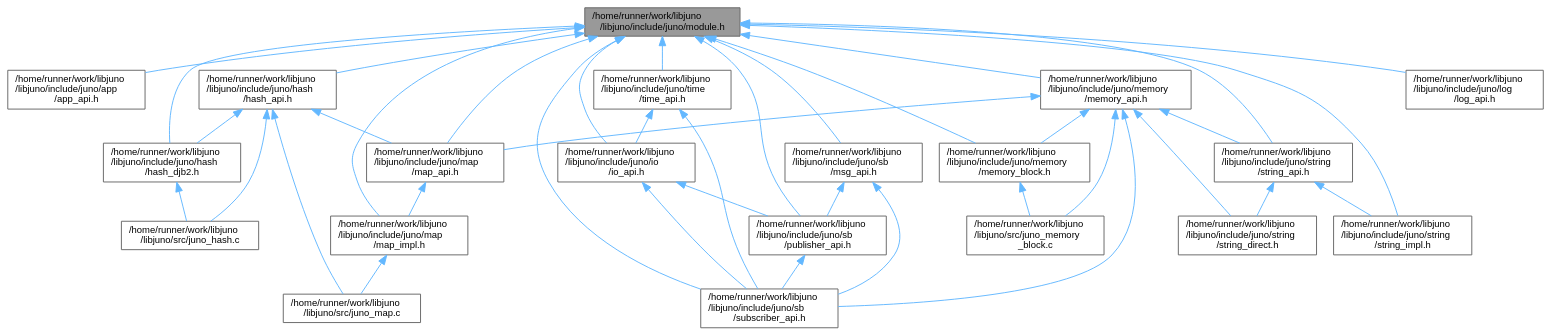
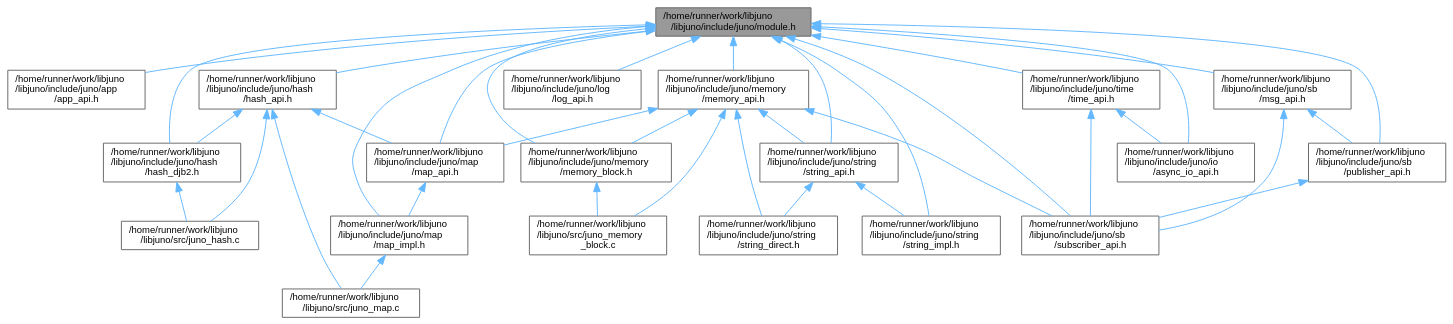
The diagram in module_8h__dep__incl.dot (robinonsay/libjuno), drawn with Graphviz before and after one commit. The commit also changed 175 other files, not shown here.

```diff
--- a/module_8h__dep__incl.dot
+++ b/module_8h__dep__incl.dot
@@ -23,43 +23,41 @@
   Node3 -> Node8 [id="edge9_Node000003_Node000008",dir="back",color="steelblue1",style="solid",tooltip=" "];
   Node1 -> Node4 [id="edge10_Node000001_Node000004",dir="back",color="steelblue1",style="solid",tooltip=" "];
   Node1 -> Node9 [id="edge11_Node000001_Node000009",dir="back",color="steelblue1",style="solid",tooltip=" "];
-  Node9 [id="Node000009",label="/home/runner/work/libjuno\l/libjuno/include/juno/io\l/io_api.h",height=0.2,width=0.4,color="grey40", fillcolor="white", style="filled",URL="$io__api_8h.html",tooltip=" "];
-  Node9 -> Node10 [id="edge12_Node000009_Node000010",dir="back",color="steelblue1",style="solid",tooltip=" "];
-  Node10 [id="Node000010",label="/home/runner/work/libjuno\l/libjuno/include/juno/sb\l/publisher_api.h",height=0.2,width=0.4,color="grey40", fillcolor="white", style="filled",URL="$publisher__api_8h.html",tooltip=" "];
-  Node10 -> Node11 [id="edge13_Node000010_Node000011",dir="back",color="steelblue1",style="solid",tooltip=" "];
-  Node11 [id="Node000011",label="/home/runner/work/libjuno\l/libjuno/include/juno/sb\l/subscriber_api.h",height=0.2,width=0.4,color="grey40", fillcolor="white", style="filled",URL="$subscriber__api_8h.html",tooltip=" "];
-  Node9 -> Node11 [id="edge14_Node000009_Node000011",dir="back",color="steelblue1",style="solid",tooltip=" "];
-  Node1 -> Node12 [id="edge15_Node000001_Node000012",dir="back",color="steelblue1",style="solid",tooltip=" "];
-  Node12 [id="Node000012",label="/home/runner/work/libjuno\l/libjuno/include/juno/log\l/log_api.h",height=0.2,width=0.4,color="grey40", fillcolor="white", style="filled",URL="$log__api_8h.html",tooltip=" "];
-  Node1 -> Node6 [id="edge16_Node000001_Node000006",dir="back",color="steelblue1",style="solid",tooltip=" "];
-  Node1 -> Node7 [id="edge17_Node000001_Node000007",dir="back",color="steelblue1",style="solid",tooltip=" "];
-  Node1 -> Node13 [id="edge18_Node000001_Node000013",dir="back",color="steelblue1",style="solid",tooltip=" "];
-  Node13 [id="Node000013",label="/home/runner/work/libjuno\l/libjuno/include/juno/memory\l/memory_api.h",height=0.2,width=0.4,color="grey40", fillcolor="white", style="filled",URL="$memory__api_8h.html",tooltip=" "];
-  Node13 -> Node6 [id="edge19_Node000013_Node000006",dir="back",color="steelblue1",style="solid",tooltip=" "];
-  Node13 -> Node14 [id="edge20_Node000013_Node000014",dir="back",color="steelblue1",style="solid",tooltip=" "];
-  Node14 [id="Node000014",label="/home/runner/work/libjuno\l/libjuno/include/juno/memory\l/memory_block.h",height=0.2,width=0.4,color="grey40", fillcolor="white", style="filled",URL="$memory__block_8h.html",tooltip=" "];
-  Node14 -> Node15 [id="edge21_Node000014_Node000015",dir="back",color="steelblue1",style="solid",tooltip=" "];
-  Node15 [id="Node000015",label="/home/runner/work/libjuno\l/libjuno/src/juno_memory\l_block.c",height=0.2,width=0.4,color="grey40", fillcolor="white", style="filled",URL="$juno__memory__block_8c.html",tooltip=" "];
-  Node13 -> Node11 [id="edge22_Node000013_Node000011",dir="back",color="steelblue1",style="solid",tooltip=" "];
-  Node13 -> Node16 [id="edge23_Node000013_Node000016",dir="back",color="steelblue1",style="solid",tooltip=" "];
-  Node16 [id="Node000016",label="/home/runner/work/libjuno\l/libjuno/include/juno/string\l/string_api.h",height=0.2,width=0.4,color="grey40", fillcolor="white", style="filled",URL="$string__api_8h.html",tooltip=" "];
-  Node16 -> Node17 [id="edge24_Node000016_Node000017",dir="back",color="steelblue1",style="solid",tooltip=" "];
-  Node17 [id="Node000017",label="/home/runner/work/libjuno\l/libjuno/include/juno/string\l/string_direct.h",height=0.2,width=0.4,color="grey40", fillcolor="white", style="filled",URL="$string__direct_8h.html",tooltip=" "];
-  Node16 -> Node18 [id="edge25_Node000016_Node000018",dir="back",color="steelblue1",style="solid",tooltip=" "];
-  Node18 [id="Node000018",label="/home/runner/work/libjuno\l/libjuno/include/juno/string\l/string_impl.h",height=0.2,width=0.4,color="grey40", fillcolor="white", style="filled",URL="$string__impl_8h.html",tooltip=" "];
-  Node13 -> Node17 [id="edge26_Node000013_Node000017",dir="back",color="steelblue1",style="solid",tooltip=" "];
-  Node13 -> Node15 [id="edge27_Node000013_Node000015",dir="back",color="steelblue1",style="solid",tooltip=" "];
-  Node1 -> Node14 [id="edge28_Node000001_Node000014",dir="back",color="steelblue1",style="solid",tooltip=" "];
-  Node1 -> Node19 [id="edge29_Node000001_Node000019",dir="back",color="steelblue1",style="solid",tooltip=" "];
-  Node19 [id="Node000019",label="/home/runner/work/libjuno\l/libjuno/include/juno/sb\l/msg_api.h",height=0.2,width=0.4,color="grey40", fillcolor="white", style="filled",URL="$msg__api_8h.html",tooltip=" "];
-  Node19 -> Node10 [id="edge30_Node000019_Node000010",dir="back",color="steelblue1",style="solid",tooltip=" "];
-  Node19 -> Node11 [id="edge31_Node000019_Node000011",dir="back",color="steelblue1",style="solid",tooltip=" "];
-  Node1 -> Node10 [id="edge32_Node000001_Node000010",dir="back",color="steelblue1",style="solid",tooltip=" "];
-  Node1 -> Node11 [id="edge33_Node000001_Node000011",dir="back",color="steelblue1",style="solid",tooltip=" "];
-  Node1 -> Node16 [id="edge34_Node000001_Node000016",dir="back",color="steelblue1",style="solid",tooltip=" "];
-  Node1 -> Node18 [id="edge35_Node000001_Node000018",dir="back",color="steelblue1",style="solid",tooltip=" "];
-  Node1 -> Node20 [id="edge36_Node000001_Node000020",dir="back",color="steelblue1",style="solid",tooltip=" "];
+  Node9 [id="Node000009",label="/home/runner/work/libjuno\l/libjuno/include/juno/io\l/async_io_api.h",height=0.2,width=0.4,color="grey40", fillcolor="white", style="filled",URL="$async__io__api_8h.html",tooltip=" "];
+  Node1 -> Node10 [id="edge12_Node000001_Node000010",dir="back",color="steelblue1",style="solid",tooltip=" "];
+  Node10 [id="Node000010",label="/home/runner/work/libjuno\l/libjuno/include/juno/log\l/log_api.h",height=0.2,width=0.4,color="grey40", fillcolor="white", style="filled",URL="$log__api_8h.html",tooltip=" "];
+  Node1 -> Node6 [id="edge13_Node000001_Node000006",dir="back",color="steelblue1",style="solid",tooltip=" "];
+  Node1 -> Node7 [id="edge14_Node000001_Node000007",dir="back",color="steelblue1",style="solid",tooltip=" "];
+  Node1 -> Node11 [id="edge15_Node000001_Node000011",dir="back",color="steelblue1",style="solid",tooltip=" "];
+  Node11 [id="Node000011",label="/home/runner/work/libjuno\l/libjuno/include/juno/memory\l/memory_api.h",height=0.2,width=0.4,color="grey40", fillcolor="white", style="filled",URL="$memory__api_8h.html",tooltip=" "];
+  Node11 -> Node6 [id="edge16_Node000011_Node000006",dir="back",color="steelblue1",style="solid",tooltip=" "];
+  Node11 -> Node12 [id="edge17_Node000011_Node000012",dir="back",color="steelblue1",style="solid",tooltip=" "];
+  Node12 [id="Node000012",label="/home/runner/work/libjuno\l/libjuno/include/juno/memory\l/memory_block.h",height=0.2,width=0.4,color="grey40", fillcolor="white", style="filled",URL="$memory__block_8h.html",tooltip=" "];
+  Node12 -> Node13 [id="edge18_Node000012_Node000013",dir="back",color="steelblue1",style="solid",tooltip=" "];
+  Node13 [id="Node000013",label="/home/runner/work/libjuno\l/libjuno/src/juno_memory\l_block.c",height=0.2,width=0.4,color="grey40", fillcolor="white", style="filled",URL="$juno__memory__block_8c.html",tooltip=" "];
+  Node11 -> Node14 [id="edge19_Node000011_Node000014",dir="back",color="steelblue1",style="solid",tooltip=" "];
+  Node14 [id="Node000014",label="/home/runner/work/libjuno\l/libjuno/include/juno/sb\l/subscriber_api.h",height=0.2,width=0.4,color="grey40", fillcolor="white", style="filled",URL="$subscriber__api_8h.html",tooltip=" "];
+  Node11 -> Node15 [id="edge20_Node000011_Node000015",dir="back",color="steelblue1",style="solid",tooltip=" "];
+  Node15 [id="Node000015",label="/home/runner/work/libjuno\l/libjuno/include/juno/string\l/string_api.h",height=0.2,width=0.4,color="grey40", fillcolor="white", style="filled",URL="$string__api_8h.html",tooltip=" "];
+  Node15 -> Node16 [id="edge21_Node000015_Node000016",dir="back",color="steelblue1",style="solid",tooltip=" "];
+  Node16 [id="Node000016",label="/home/runner/work/libjuno\l/libjuno/include/juno/string\l/string_direct.h",height=0.2,width=0.4,color="grey40", fillcolor="white", style="filled",URL="$string__direct_8h.html",tooltip=" "];
+  Node15 -> Node17 [id="edge22_Node000015_Node000017",dir="back",color="steelblue1",style="solid",tooltip=" "];
+  Node17 [id="Node000017",label="/home/runner/work/libjuno\l/libjuno/include/juno/string\l/string_impl.h",height=0.2,width=0.4,color="grey40", fillcolor="white", style="filled",URL="$string__impl_8h.html",tooltip=" "];
+  Node11 -> Node16 [id="edge23_Node000011_Node000016",dir="back",color="steelblue1",style="solid",tooltip=" "];
+  Node11 -> Node13 [id="edge24_Node000011_Node000013",dir="back",color="steelblue1",style="solid",tooltip=" "];
+  Node1 -> Node12 [id="edge25_Node000001_Node000012",dir="back",color="steelblue1",style="solid",tooltip=" "];
+  Node1 -> Node18 [id="edge26_Node000001_Node000018",dir="back",color="steelblue1",style="solid",tooltip=" "];
+  Node18 [id="Node000018",label="/home/runner/work/libjuno\l/libjuno/include/juno/sb\l/msg_api.h",height=0.2,width=0.4,color="grey40", fillcolor="white", style="filled",URL="$msg__api_8h.html",tooltip=" "];
+  Node18 -> Node19 [id="edge27_Node000018_Node000019",dir="back",color="steelblue1",style="solid",tooltip=" "];
+  Node19 [id="Node000019",label="/home/runner/work/libjuno\l/libjuno/include/juno/sb\l/publisher_api.h",height=0.2,width=0.4,color="grey40", fillcolor="white", style="filled",URL="$publisher__api_8h.html",tooltip=" "];
+  Node19 -> Node14 [id="edge28_Node000019_Node000014",dir="back",color="steelblue1",style="solid",tooltip=" "];
+  Node18 -> Node14 [id="edge29_Node000018_Node000014",dir="back",color="steelblue1",style="solid",tooltip=" "];
+  Node1 -> Node19 [id="edge30_Node000001_Node000019",dir="back",color="steelblue1",style="solid",tooltip=" "];
+  Node1 -> Node14 [id="edge31_Node000001_Node000014",dir="back",color="steelblue1",style="solid",tooltip=" "];
+  Node1 -> Node15 [id="edge32_Node000001_Node000015",dir="back",color="steelblue1",style="solid",tooltip=" "];
+  Node1 -> Node17 [id="edge33_Node000001_Node000017",dir="back",color="steelblue1",style="solid",tooltip=" "];
+  Node1 -> Node20 [id="edge34_Node000001_Node000020",dir="back",color="steelblue1",style="solid",tooltip=" "];
   Node20 [id="Node000020",label="/home/runner/work/libjuno\l/libjuno/include/juno/time\l/time_api.h",height=0.2,width=0.4,color="grey40", fillcolor="white", style="filled",URL="$time__api_8h.html",tooltip=" "];
-  Node20 -> Node9 [id="edge37_Node000020_Node000009",dir="back",color="steelblue1",style="solid",tooltip=" "];
-  Node20 -> Node11 [id="edge38_Node000020_Node000011",dir="back",color="steelblue1",style="solid",tooltip=" "];
+  Node20 -> Node9 [id="edge35_Node000020_Node000009",dir="back",color="steelblue1",style="solid",tooltip=" "];
+  Node20 -> Node14 [id="edge36_Node000020_Node000014",dir="back",color="steelblue1",style="solid",tooltip=" "];
 }
```
